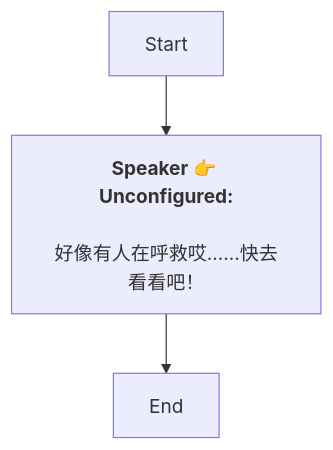
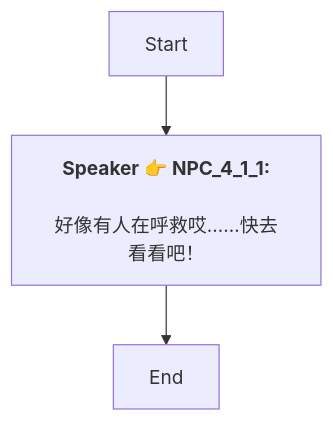
One commit to SoftHu/tos_avg changed the diagram in Zh/QuestApproachDialogNode_1742163217729828.md. Above: the diagram before and after it, drawn with Mermaid. The commit also changed 737 other files, not shown here.

````diff
--- a/Zh/QuestApproachDialogNode_1742163217729828.md
+++ b/Zh/QuestApproachDialogNode_1742163217729828.md
@@ -1,8 +1,7 @@
 ```mermaid
 graph
-Start -->1742163981885728[<b>Speaker 👉 Unconfigured:</b>
-
-好像有人在呼救哎……快去看看吧！]
+Start -->1742163981885728[<b>Speaker 👉 NPC_4_1_1:</b>
+\n好像有人在呼救哎……快去看看吧！]
 1742163981885728 -->1742163273926953[End]
 
- ```
+```
````
